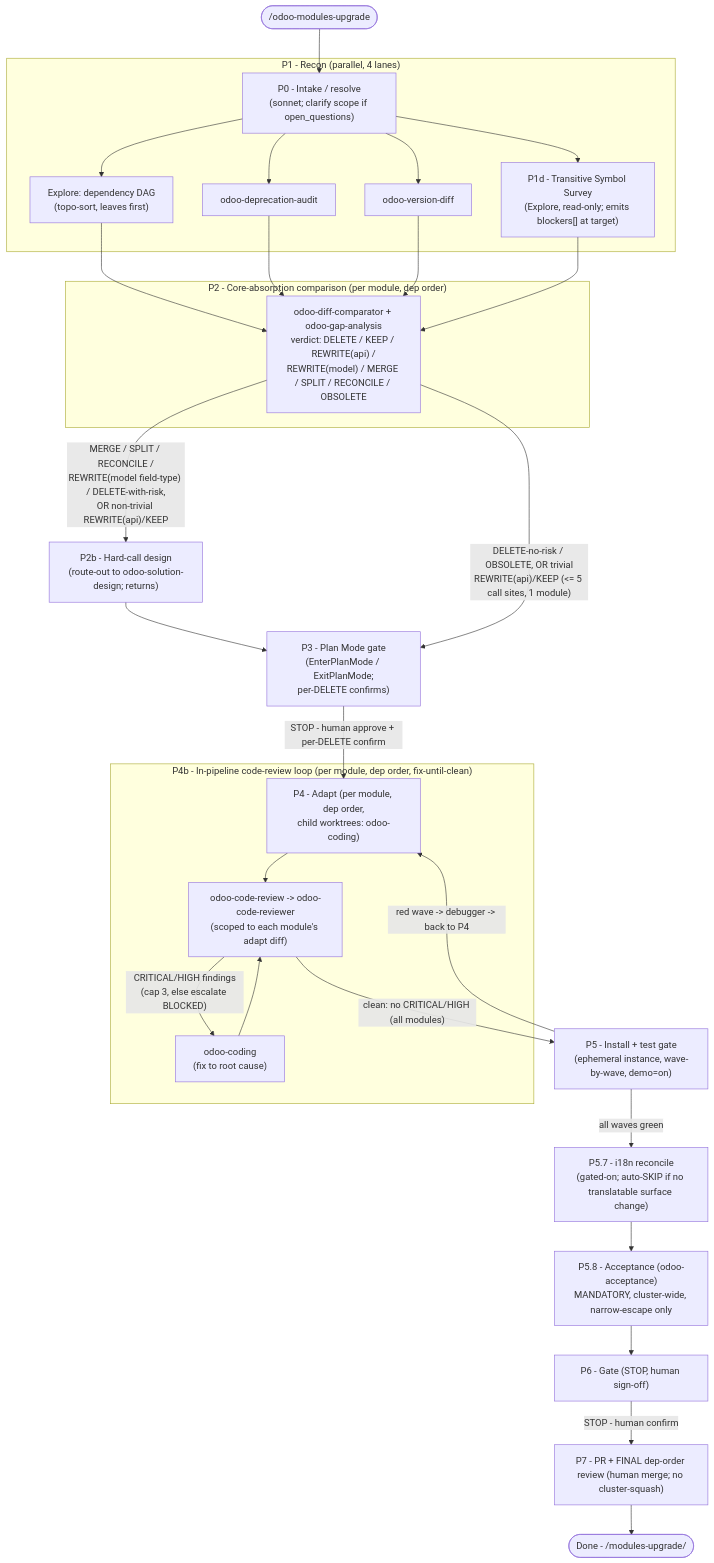
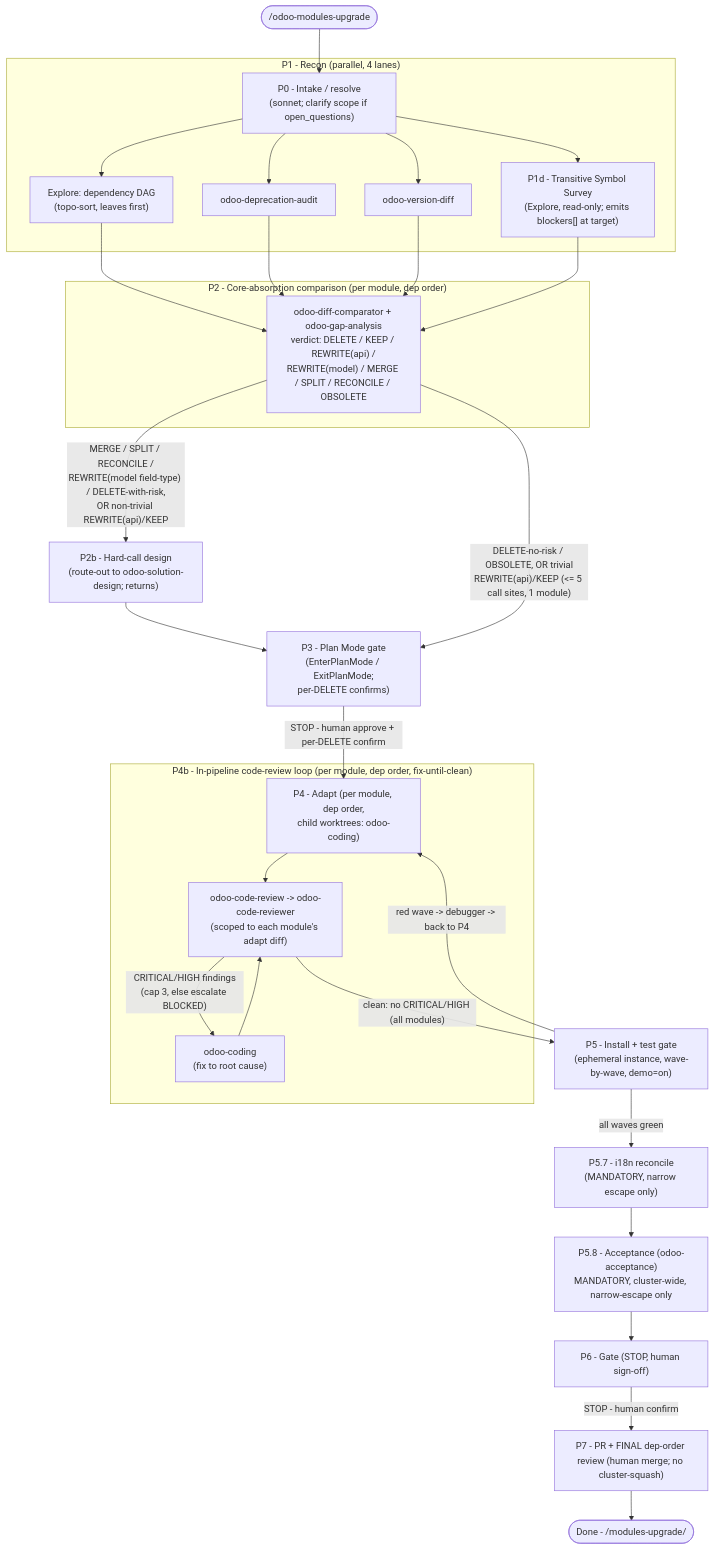
The seventh of 9 diagrams in plugins/odoo-ai-agents/README.md (Viindoo/odoo-mcp-client), drawn with Mermaid before and after one commit. The commit also changed other lines of this file and 9 other files, not shown here.

````diff
--- a/plugins/odoo-ai-agents/README.md
+++ b/plugins/odoo-ai-agents/README.md
@@ -507,38 +507,38 @@
 ```mermaid
 flowchart TD
     START(["/odoo-modules-upgrade"])
     START --> P0["P0 - Intake / resolve<br/>(sonnet; clarify scope if open_questions)"]
 
     subgraph P1_grp["P1 - Recon (parallel, 4 lanes)"]
         P0 --> R1["Explore: dependency DAG<br/>(topo-sort, leaves first)"]
         P0 --> R2["odoo-deprecation-audit"]
         P0 --> R3["odoo-version-diff"]
         P0 --> R4["P1d - Transitive Symbol Survey<br/>(Explore, read-only; emits blockers[] at target)"]
     end
 
     subgraph P2_grp["P2 - Core-absorption comparison (per module, dep order)"]
         R1 --> CMP["odoo-diff-comparator + odoo-gap-analysis<br/>verdict: DELETE / KEEP / REWRITE(api) /<br/>REWRITE(model) / MERGE / SPLIT / RECONCILE / OBSOLETE"]
     end
     R2 --> CMP
     R3 --> CMP
     R4 --> CMP
 
     CMP -->|"MERGE / SPLIT / RECONCILE /<br/>REWRITE(model field-type) / DELETE-with-risk,<br/>OR non-trivial REWRITE(api)/KEEP"| P2b["P2b - Hard-call design<br/>(route-out to odoo-solution-design; returns)"]
     P2b --> P3_gate
     CMP -->|"DELETE-no-risk / OBSOLETE, OR trivial<br/>REWRITE(api)/KEEP (<= 5 call sites, 1 module)"| P3_gate["P3 - Plan Mode gate<br/>(EnterPlanMode / ExitPlanMode;<br/>per-DELETE confirms)"]
     P3_gate -->|"STOP - human approve + per-DELETE confirm"| P4["P4 - Adapt (per module, dep order,<br/>child worktrees: odoo-coding)"]
 
     subgraph P4b_grp["P4b - In-pipeline code-review loop (per module, dep order, fix-until-clean)"]
         P4 --> RV["odoo-code-review -> odoo-code-reviewer<br/>(scoped to each module's adapt diff)"]
         RV -->|"CRITICAL/HIGH findings<br/>(cap 3, else escalate BLOCKED)"| FX["odoo-coding<br/>(fix to root cause)"]
         FX --> RV
     end
 
     RV -->|"clean: no CRITICAL/HIGH (all modules)"| P5["P5 - Install + test gate<br/>(ephemeral instance, wave-by-wave, demo=on)"]
     P5 -->|"red wave -> debugger -> back to P4"| P4
-    P5 -->|"all waves green"| P57["P5.7 - i18n reconcile<br/>(gated-on; auto-SKIP if no translatable surface change)"]
+    P5 -->|"all waves green"| P57["P5.7 - i18n reconcile<br/>(MANDATORY, narrow escape only)"]
     P57 --> P58["P5.8 - Acceptance (odoo-acceptance)<br/>MANDATORY, cluster-wide, narrow-escape only"]
     P58 --> P6["P6 - Gate (STOP, human sign-off)"]
     P6 -->|"STOP - human confirm"| P7["P7 - PR + FINAL dep-order review (human merge; no cluster-squash)"]
     P7 --> DONE(["Done - <ISOLATE_DIR>/modules-upgrade/"])
 ```
````
